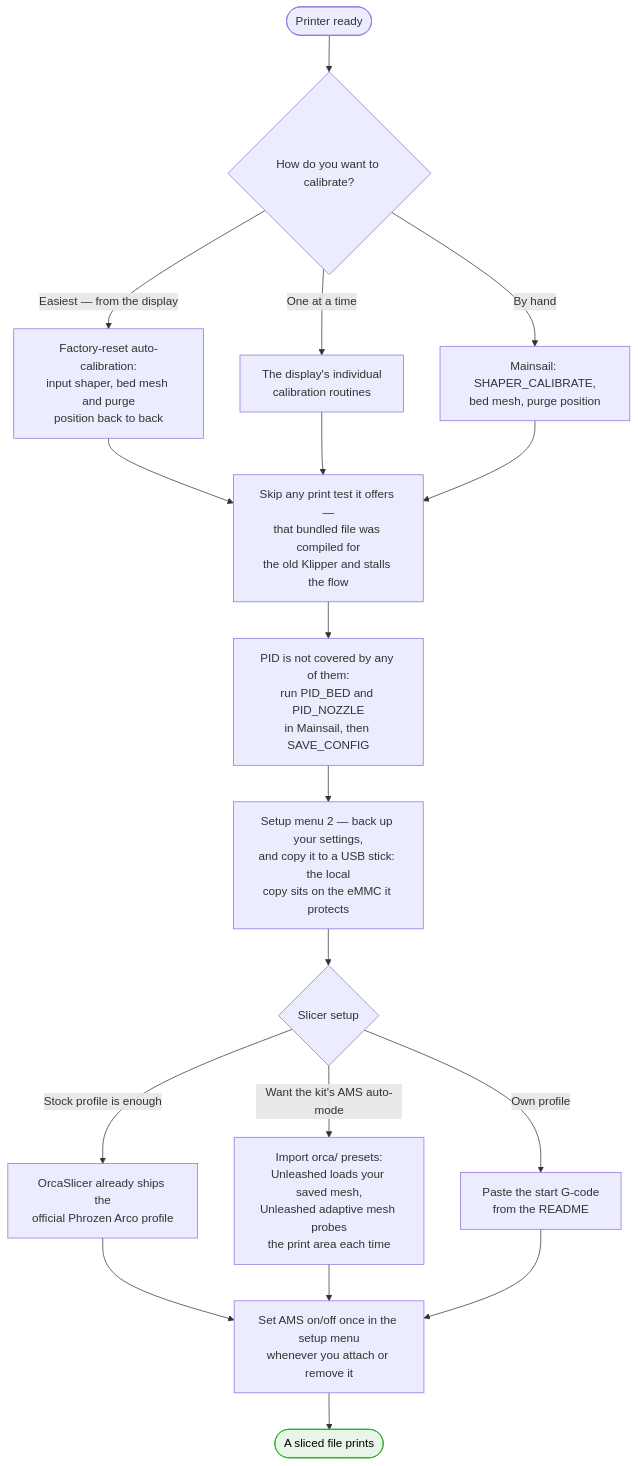
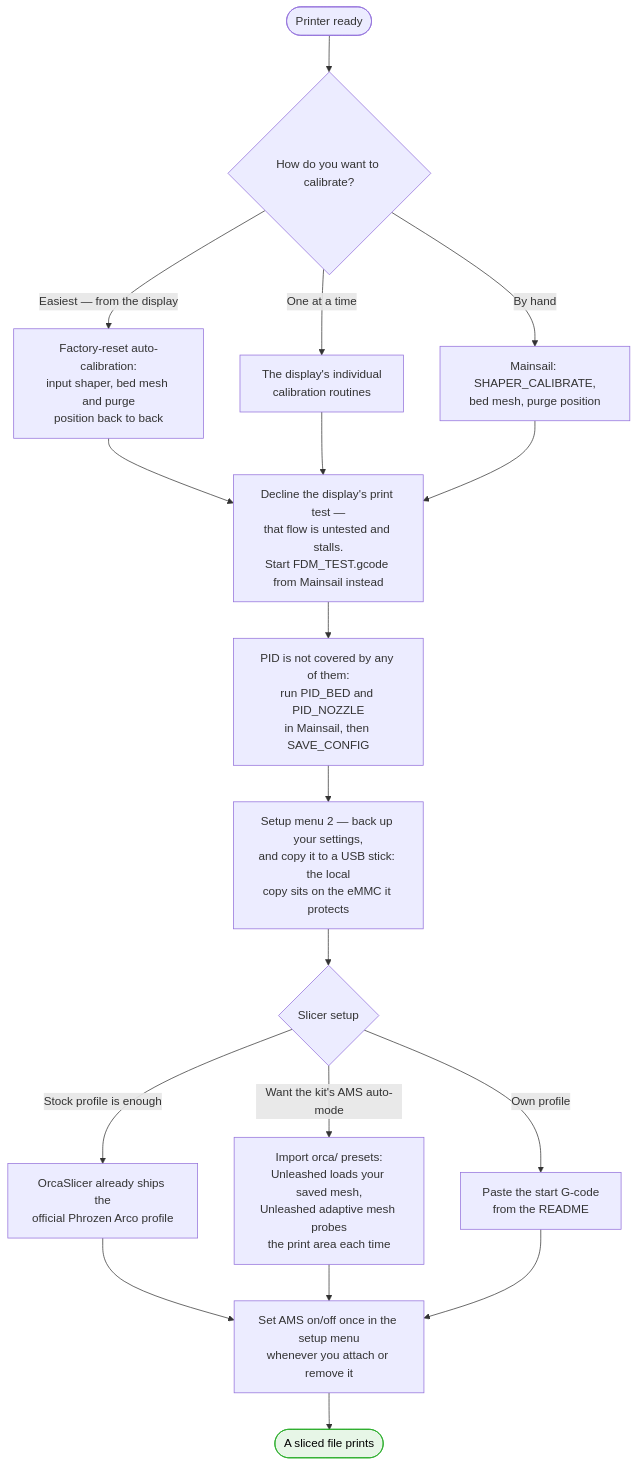
The tenth of 16 diagrams in INSTALL-FLOWCHARTS.md (solutionphil/arco-unleashed), drawn with Mermaid before and after one commit. The commit also changed other lines of this file and 2 other files, not shown here.

Commit message:
Retire a warning the manual had already withdrawn
QUICKSTART and both flowchart nodes still told readers the bundled print test "was compiled for
the old Klipper and cannot run". MANUAL says the opposite, in as many words: "The old warning here
said the bundled file could not run at all. That is no longer true." This kit replaces both
built-in test prints with its own, and a guard puts them back after a Phrozen firmware update.

So the correction landed in the source and never reached the two documents derived from it. The
same drift as the duplicated G-code block, running the other way -- and nothing catches it: the
gates check anchors and step numbers, not whether a claim is still true.

Deleting it outright would have gone too far. What stalls is Phrozen's factory-reset print flow on
the display, which is untested, not the file. All three places now say what MANUAL says: decline
the display's offer, and start FDM_TEST.gcode from Mainsail if you want the test print, because
that route is verified. FDM_TEST.gcode is real -- assets/test-print/, rolled out by three scripts.

````diff
--- a/INSTALL-FLOWCHARTS.md
+++ b/INSTALL-FLOWCHARTS.md
@@ -346,23 +346,23 @@
 ```mermaid
 flowchart TD
     C0(["Printer ready"]) --> C1{"How do you want to calibrate?"}
     C1 -->|"Easiest — from the display"| C2["Factory-reset auto-calibration:<br/>input shaper, bed mesh and purge<br/>position back to back"]
     C1 -->|"One at a time"| C3["The display's individual<br/>calibration routines"]
     C1 -->|"By hand"| C4["Mainsail: SHAPER_CALIBRATE,<br/>bed mesh, purge position"]
-    C2 --> SKIP["Skip any print test it offers —<br/>that bundled file was compiled for<br/>the old Klipper and stalls the flow"]
+    C2 --> SKIP["Decline the display's print test —<br/>that flow is untested and stalls.<br/>Start FDM_TEST.gcode from Mainsail instead"]
     C3 --> SKIP
     C4 --> SKIP
     SKIP --> PID["PID is not covered by any of them:<br/>run PID_BED and PID_NOZZLE<br/>in Mainsail, then SAVE_CONFIG"]
     PID --> SAVE["Setup menu 2 — back up your settings,<br/>and copy it to a USB stick: the local<br/>copy sits on the eMMC it protects"]
     SAVE --> ORCA{"Slicer setup"}
     ORCA -->|"Stock profile is enough"| O1["OrcaSlicer already ships the<br/>official Phrozen Arco profile"]
     ORCA -->|"Want the kit's AMS auto-mode"| O2["Import orca/ presets:<br/>Unleashed loads your saved mesh,<br/>Unleashed adaptive mesh probes<br/>the print area each time"]
     ORCA -->|"Own profile"| O3["Paste the start G-code<br/>from the README"]
     O1 --> AMS["Set AMS on/off once in the setup menu<br/>whenever you attach or remove it"]
     O2 --> AMS
     O3 --> AMS
     AMS --> P(["A sliced file prints"])
 
     classDef okay fill:#e7f6e7,stroke:#22aa22,color:#000
     class P okay
 ```
````
